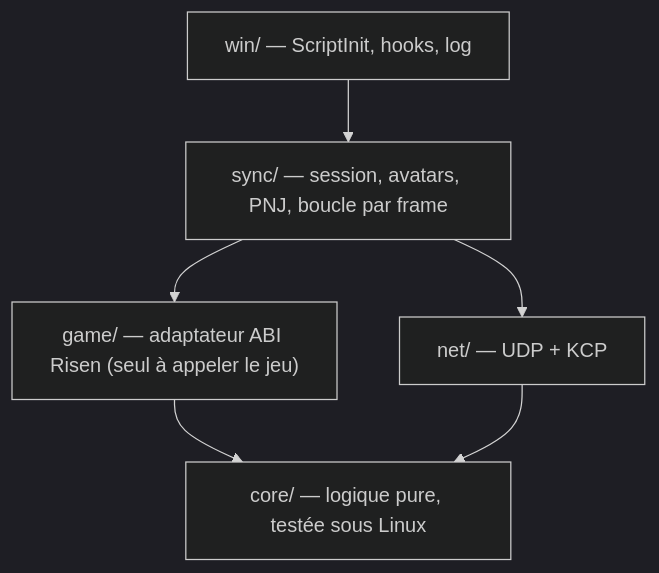
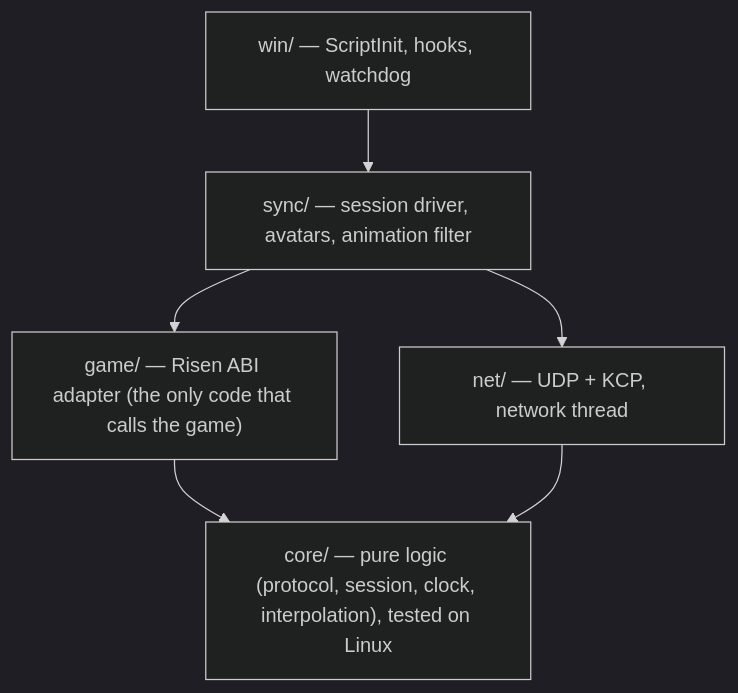
The second of 2 diagrams in README.md (leoyd/risen-multiplayer), drawn with Mermaid (dark theme) before and after one commit. The commit also changed other lines of this file, not shown here.

Commit message:
docs: README traduit en anglais et mis à jour (J1 : session, avatars, faux invité, protocole v6)

````diff
--- a/README.md
+++ b/README.md
@@ -155,9 +192,9 @@
 ```mermaid
 graph TD
-  win["win/ — ScriptInit, hooks, log"] --> sync
-  sync["sync/ — session, avatars, PNJ, boucle par frame"] --> game
+  win["win/ — ScriptInit, hooks, watchdog"] --> sync
+  sync["sync/ — session driver, avatars, animation filter"] --> game
   sync --> net
-  game["game/ — adaptateur ABI Risen (seul à appeler le jeu)"] --> core
-  net["net/ — UDP + KCP"] --> core
-  core["core/ — logique pure, testée sous Linux"]
+  game["game/ — Risen ABI adapter (the only code that calls the game)"] --> core
+  net["net/ — UDP + KCP, network thread"] --> core
+  core["core/ — pure logic (protocol, session, clock, interpolation), tested on Linux"]
 ```
````
